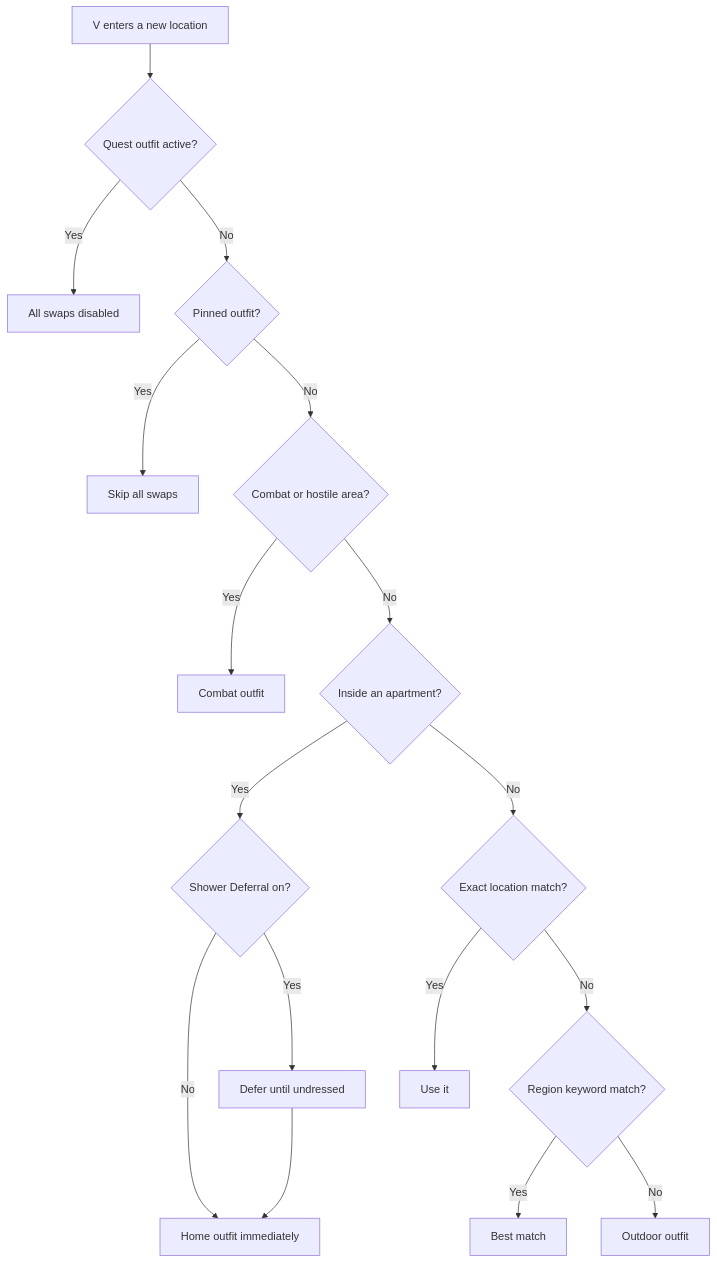
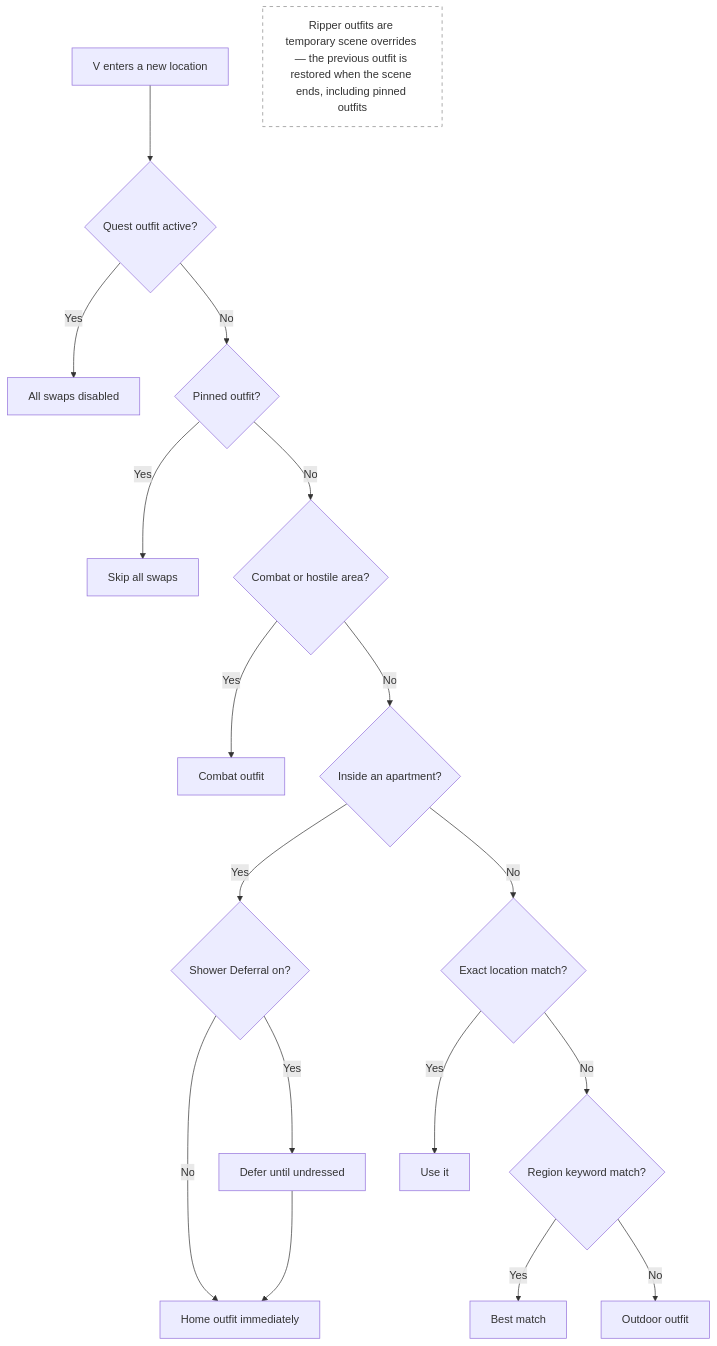
Before and after one commit to Yorivel/Dynamic-Wardrobe: the diagram in docs/priority.md, drawn with Mermaid.

````diff
--- a/docs/priority.md
+++ b/docs/priority.md
@@ -46,19 +46,22 @@
 ```mermaid
 flowchart TD
     A[V enters a new location] --> Q{Quest outfit active?}
     Q -- Yes --> R[All swaps disabled]
     Q -- No --> B{Pinned outfit?}
     B -- Yes --> C[Skip all swaps]
     B -- No --> D{Combat or hostile area?}
     D -- Yes --> E[Combat outfit]
     D -- No --> F{Inside an apartment?}
     F -- Yes --> G{Shower Deferral on?}
     G -- No --> H[Home outfit immediately]
     G -- Yes --> I[Defer until undressed]
     I --> H
     F -- No --> J{Exact location match?}
     J -- Yes --> K[Use it]
     J -- No --> L{Region keyword match?}
     L -- Yes --> M[Best match]
     L -- No --> N[Outdoor outfit]
+
+    style O fill:none,stroke:#888,stroke-dasharray: 5 5
+    O["Ripper outfits are temporary scene overrides — the previous outfit is restored when the scene ends, including pinned outfits"]
 ```
````
